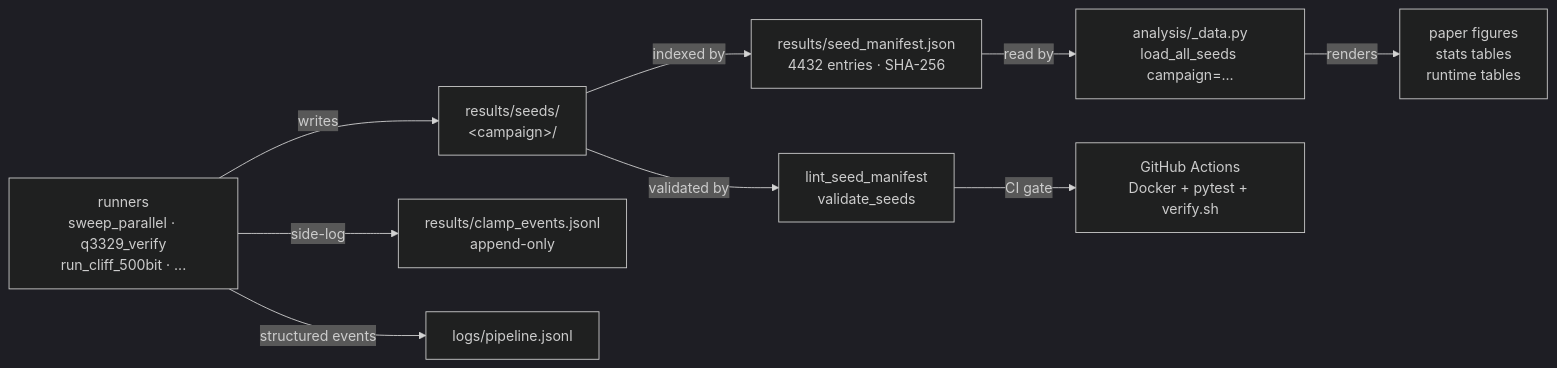
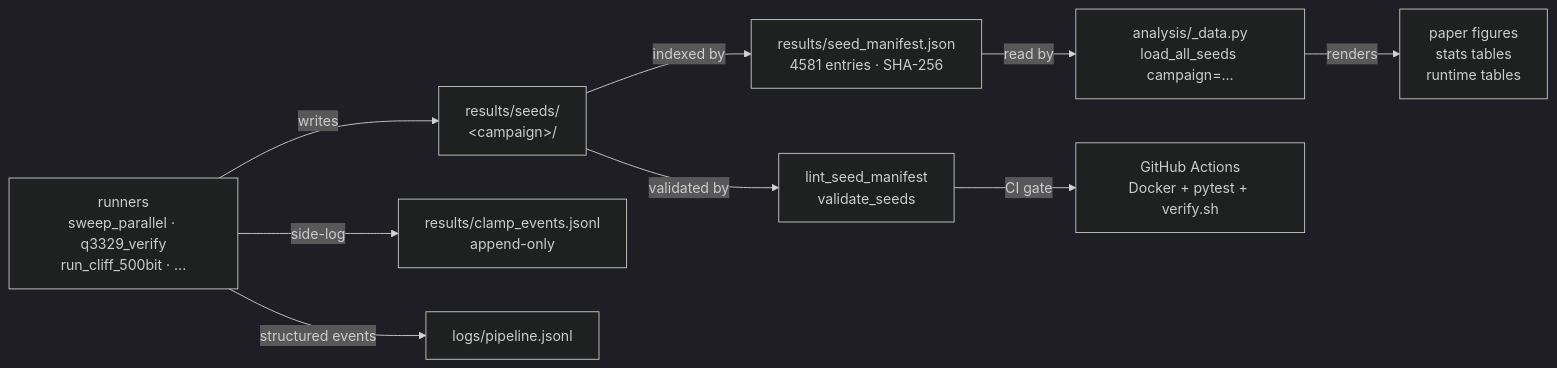
The diagram in README.md (BrendanChambersBourgeois/sdbkz-benchmark), drawn with Mermaid (dark theme) before and after one commit. The commit also changed other lines of this file and 3 other files, not shown here.

````diff
--- a/README.md
+++ b/README.md
@@ -68,11 +68,11 @@
 ```mermaid
 flowchart LR
   A[runners<br/>sweep_parallel · q3329_verify<br/>run_cliff_500bit · ...] -->|writes| B[results/seeds/<br/>&lt;campaign&gt;/]
-  B -->|indexed by| C[results/seed_manifest.json<br/>4432 entries · SHA-256]
+  B -->|indexed by| C[results/seed_manifest.json<br/>4581 entries · SHA-256]
   C -->|read by| D[analysis/_data.py<br/>load_all_seeds campaign=...]
   D -->|renders| E[paper figures<br/>stats tables<br/>runtime tables]
   B -->|validated by| F[lint_seed_manifest<br/>validate_seeds]
   F -->|CI gate| G[GitHub Actions<br/>Docker + pytest + verify.sh]
   A -->|side-log| H[results/clamp_events.jsonl<br/>append-only]
   A -->|structured events| I[logs/pipeline.jsonl]
 ```
````
